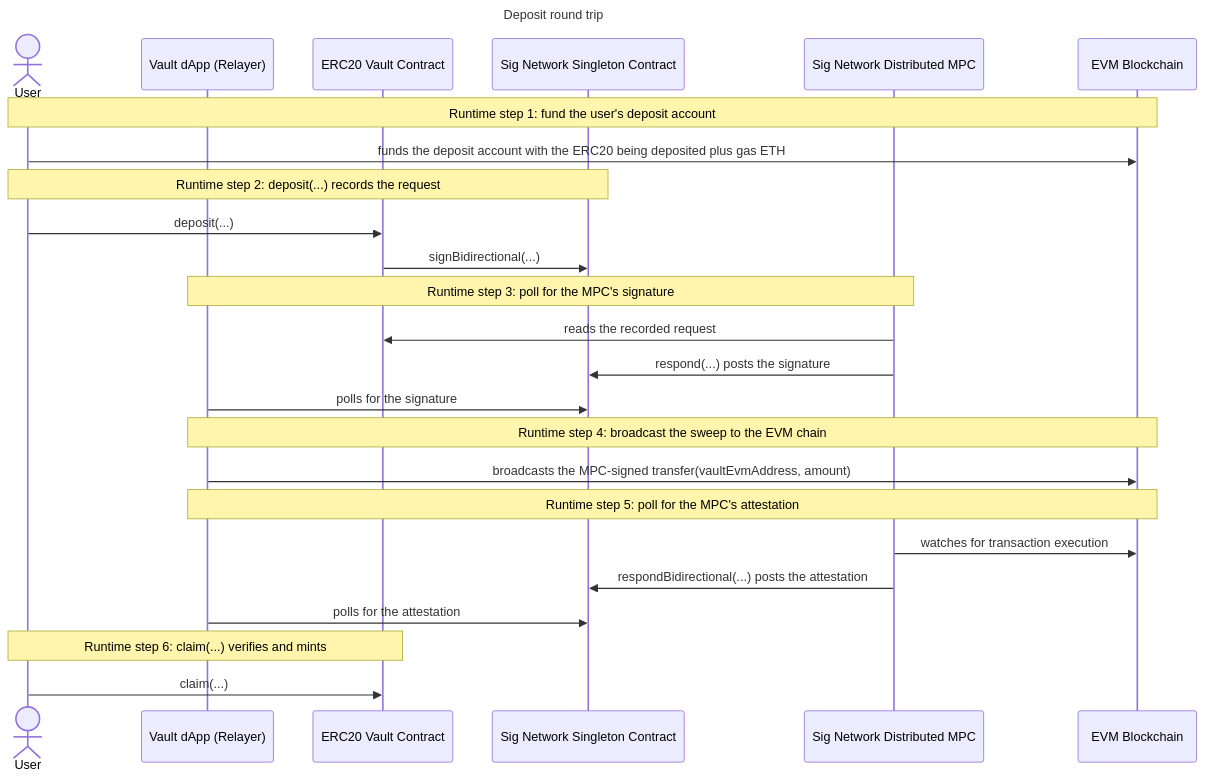
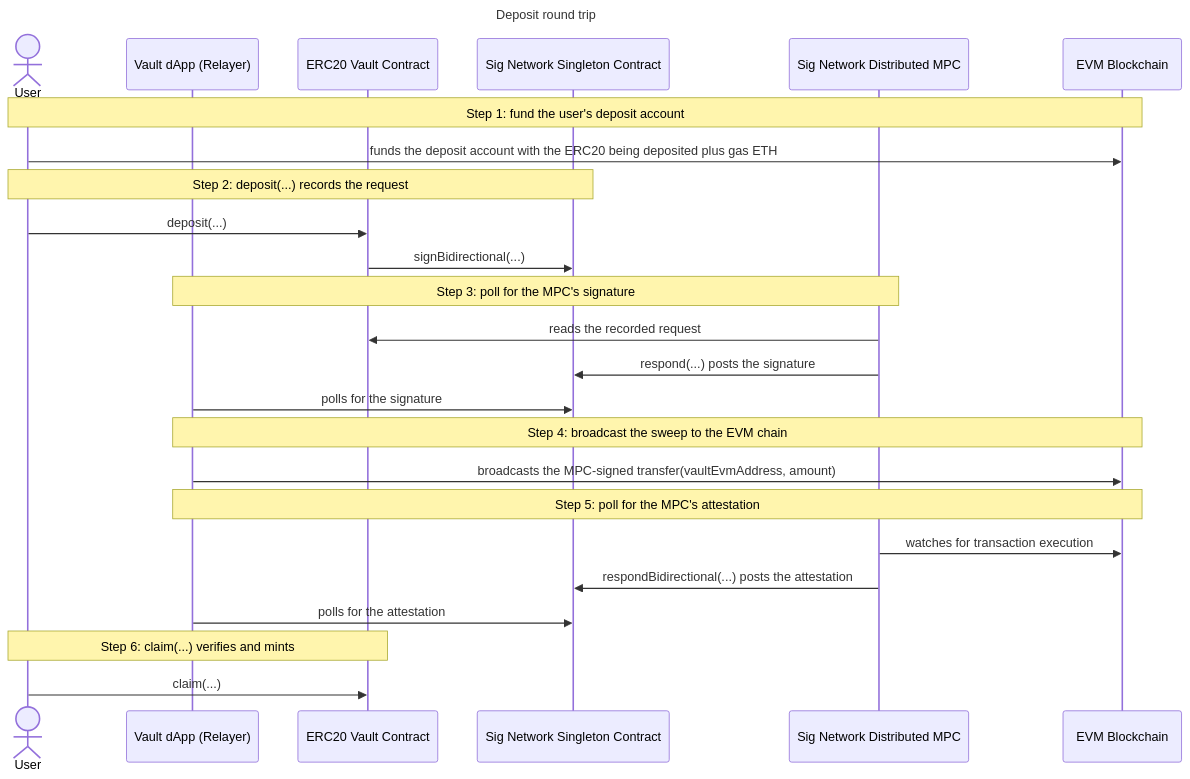
The diagram in examples/erc20-vault/docs/deposit/deposit.md (sig-net/midnight-examples), drawn with Mermaid before and after one commit. The commit also changed other lines of this file and 4 other files, not shown here.

````diff
--- a/examples/erc20-vault/docs/deposit/deposit.md
+++ b/examples/erc20-vault/docs/deposit/deposit.md
@@ -404,28 +416,28 @@
 ```mermaid
 sequenceDiagram
     title Deposit round trip
     actor User
     participant DApp as Vault dApp (Relayer)
     participant Vault as ERC20 Vault Contract
     participant Singleton as Sig Network Singleton Contract
     participant MPC as Sig Network Distributed MPC
     participant EVM as EVM Blockchain
 
-    Note over User,EVM: Runtime step 1: fund the user's deposit account
+    Note over User,EVM: Step 1: fund the user's deposit account
     User->>EVM: funds the deposit account with the ERC20 being deposited plus gas ETH
-    Note over User,Singleton: Runtime step 2: deposit(...) records the request
+    Note over User,Singleton: Step 2: deposit(...) records the request
     User->>Vault: deposit(...)
     Vault->>Singleton: signBidirectional(...)
-    Note over DApp,MPC: Runtime step 3: poll for the MPC's signature
+    Note over DApp,MPC: Step 3: poll for the MPC's signature
     MPC->>Vault: reads the recorded request
     MPC->>Singleton: respond(...) posts the signature
     DApp->>Singleton: polls for the signature
-    Note over DApp,EVM: Runtime step 4: broadcast the sweep to the EVM chain
+    Note over DApp,EVM: Step 4: broadcast the sweep to the EVM chain
     DApp->>EVM: broadcasts the MPC-signed transfer(vaultEvmAddress, amount)
-    Note over DApp,EVM: Runtime step 5: poll for the MPC's attestation
+    Note over DApp,EVM: Step 5: poll for the MPC's attestation
     MPC->>EVM: watches for transaction execution
     MPC->>Singleton: respondBidirectional(...) posts the attestation
     DApp->>Singleton: polls for the attestation
-    Note over User,Vault: Runtime step 6: claim(...) verifies and mints
+    Note over User,Vault: Step 6: claim(...) verifies and mints
     User->>Vault: claim(...)
 ```
````
